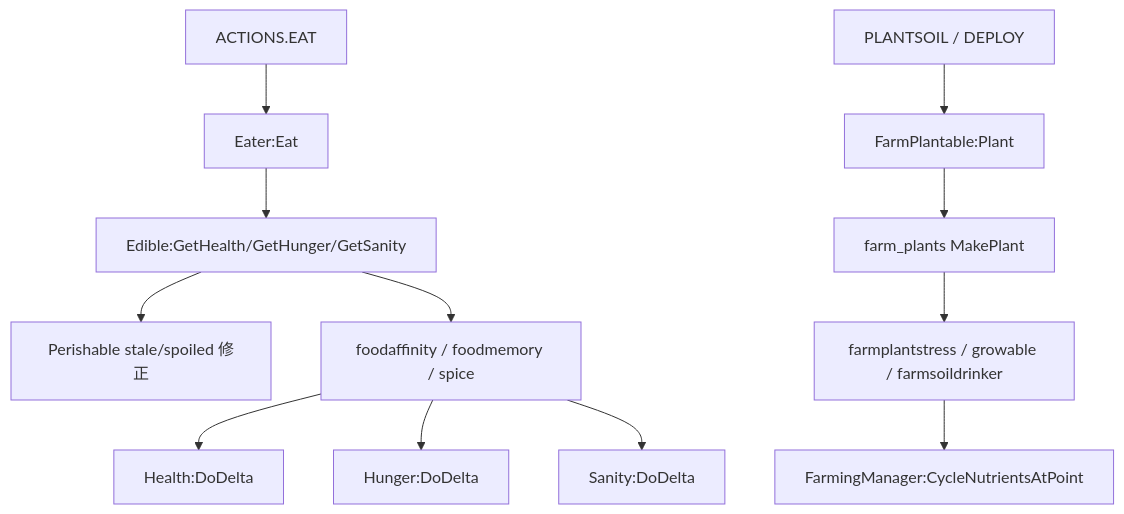
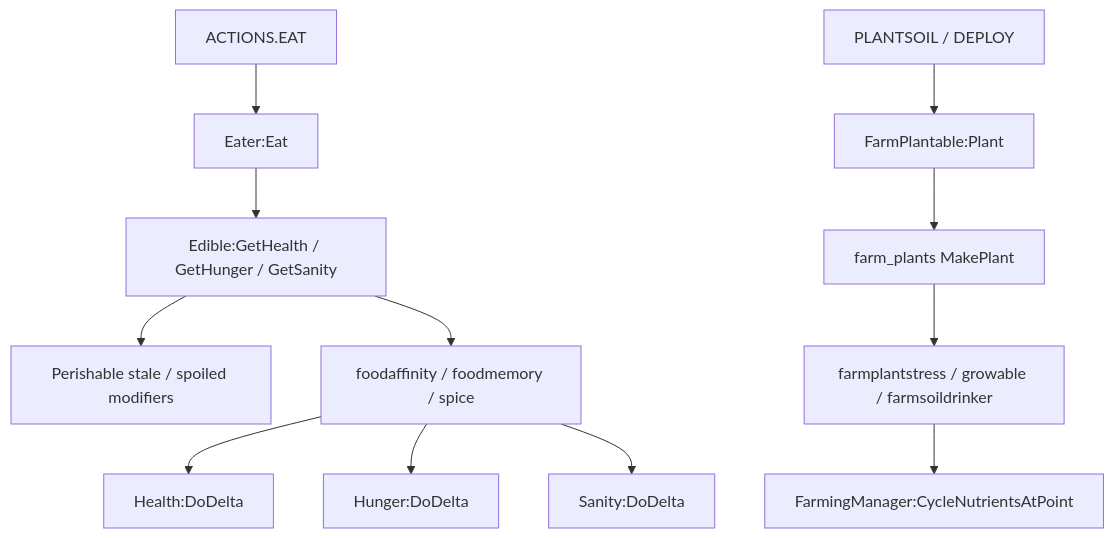
Before and after one commit to LetsStarveTogether/dst-server: the diagram in dst-scripts/index/0x6000-gameplay-systems/0x6200-survival-combat/0x6202-survival-food-farming.md, drawn with Mermaid. The commit also changed other lines of this file and 83 other files, not shown here.

```diff
--- a/dst-scripts/index/0x6000-gameplay-systems/0x6200-survival-combat/0x6202-survival-food-farming.md
+++ b/dst-scripts/index/0x6000-gameplay-systems/0x6200-survival-combat/0x6202-survival-food-farming.md
@@ -114,16 +114,16 @@
 ~~~mermaid
 flowchart TD
     A["ACTIONS.EAT"]
     A --> B["Eater:Eat"]
-    B --> C["Edible:GetHealth/GetHunger/GetSanity"]
-    C --> D["Perishable stale/spoiled 修正"]
+    B --> C["Edible:GetHealth / GetHunger / GetSanity"]
+    C --> D["Perishable stale / spoiled modifiers"]
     C --> E["foodaffinity / foodmemory / spice"]
     E --> F["Health:DoDelta"]
     E --> G["Hunger:DoDelta"]
     E --> H["Sanity:DoDelta"]
     I["PLANTSOIL / DEPLOY"]
     I --> J["FarmPlantable:Plant"]
     J --> K["farm_plants MakePlant"]
     K --> L["farmplantstress / growable / farmsoildrinker"]
     L --> M["FarmingManager:CycleNutrientsAtPoint"]
 ~~~
```
